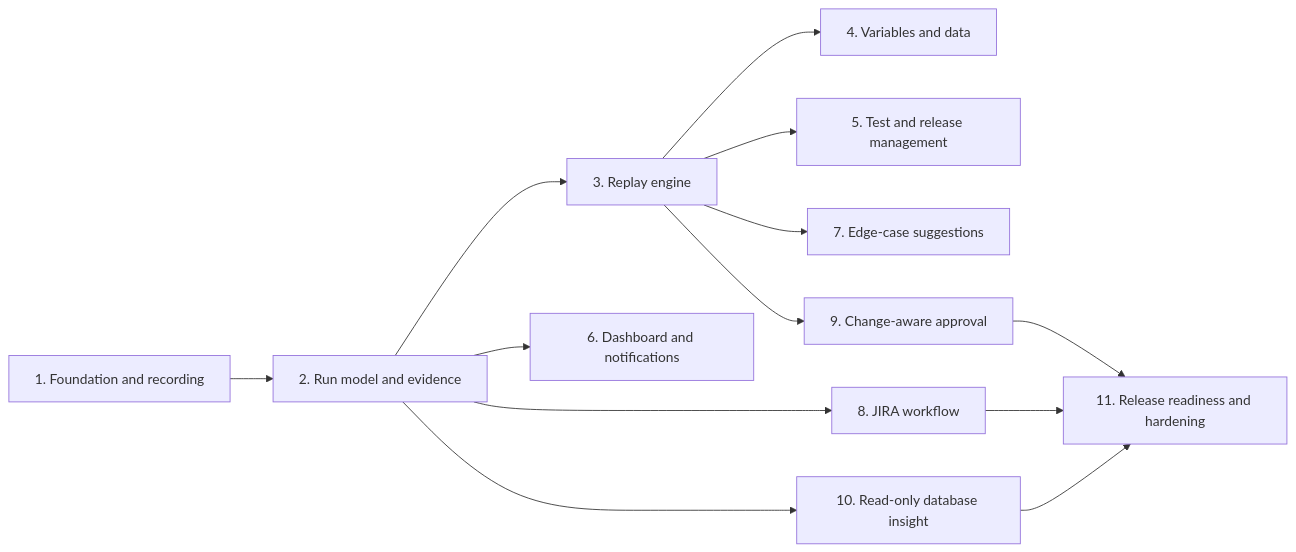
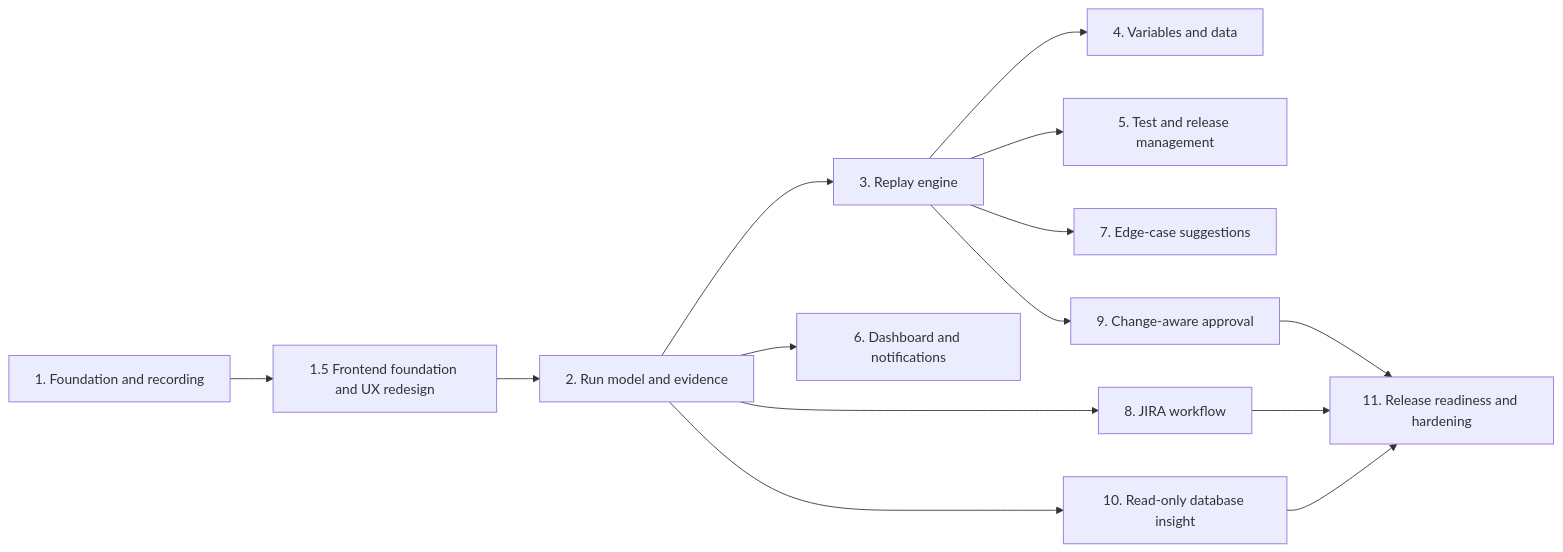
Before and after one commit to Devilcoder2/testing-agent-project: the diagram in phases.md, drawn with Mermaid. The commit also changed other lines of this file, not shown here.

Commit message:
Add Phase 1.5 frontend redesign

````diff
--- a/phases.md
+++ b/phases.md
@@ -9,15 +9,16 @@
 ```mermaid
 flowchart LR
-    P1["1. Foundation and recording"] --> P2["2. Run model and evidence"]
+    P1["1. Foundation and recording"] --> P15["1.5 Frontend foundation and UX redesign"]
+    P15 --> P2["2. Run model and evidence"]
     P2 --> P3["3. Replay engine"]
     P3 --> P4["4. Variables and data"]
     P3 --> P5["5. Test and release management"]
     P2 --> P6["6. Dashboard and notifications"]
     P3 --> P7["7. Edge-case suggestions"]
     P2 --> P8["8. JIRA workflow"]
     P3 --> P9["9. Change-aware approval"]
     P2 --> P10["10. Read-only database insight"]
     P8 --> P11["11. Release readiness and hardening"]
     P9 --> P11
     P10 --> P11
 ```
````
